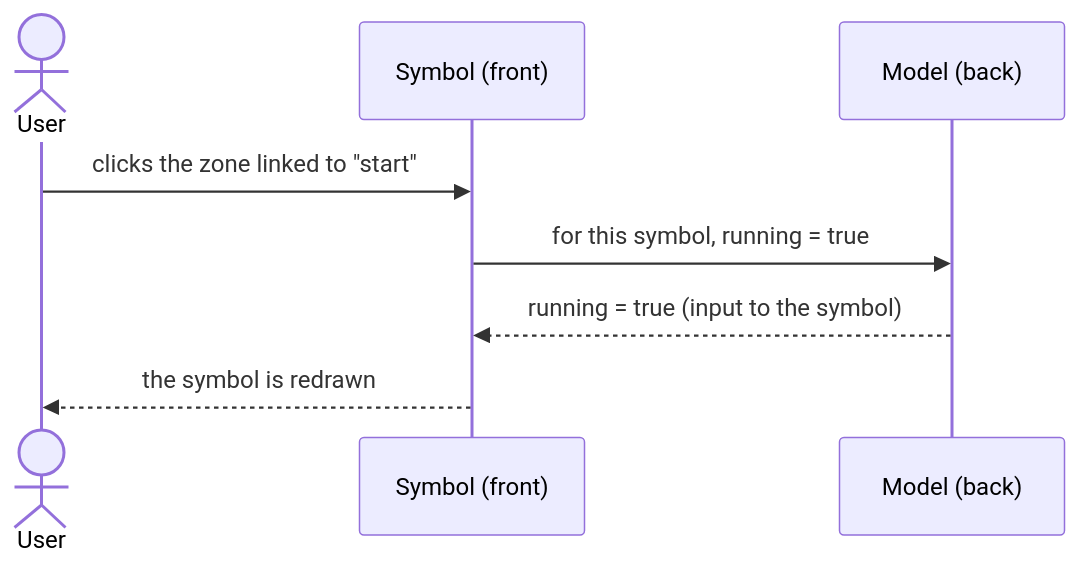
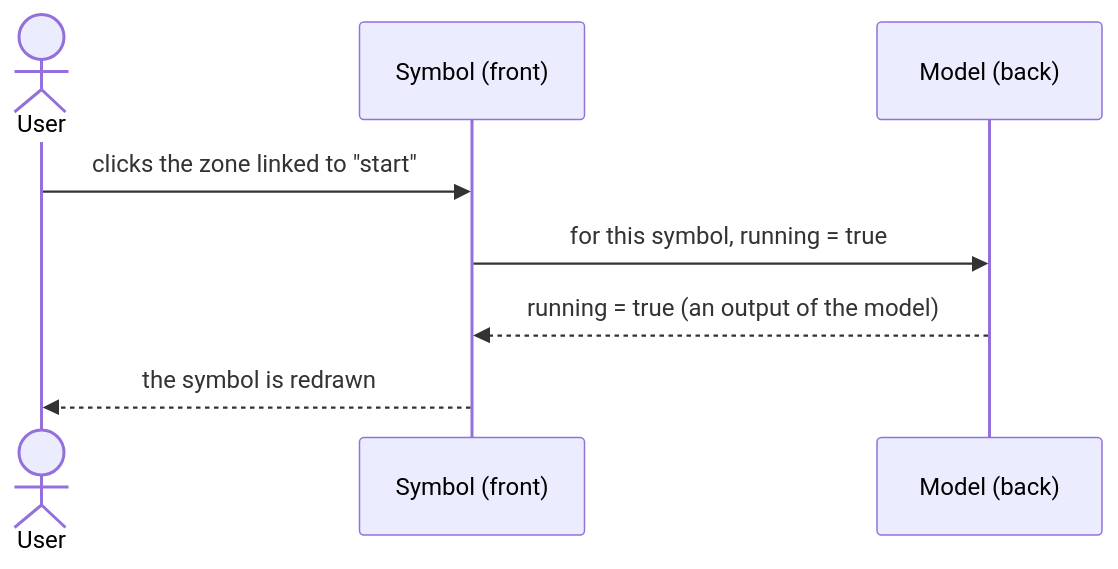
The second of 3 diagrams in metadata/07-commands.md (AlexandreGallais/synoptic-studio-spec), drawn with Mermaid before and after one commit. The commit also changed other lines of this file and 18 other files, not shown here.

````diff
--- a/metadata/07-commands.md
+++ b/metadata/07-commands.md
@@ -34,10 +34,10 @@
 ```mermaid
 sequenceDiagram
     actor U as User
     participant S as Symbol (front)
     participant M as Model (back)
     U->>S: clicks the zone linked to "start"
     S->>M: for this symbol, running = true
-    M-->>S: running = true (input to the symbol)
+    M-->>S: running = true (an output of the model)
     S-->>U: the symbol is redrawn
 ```
````
